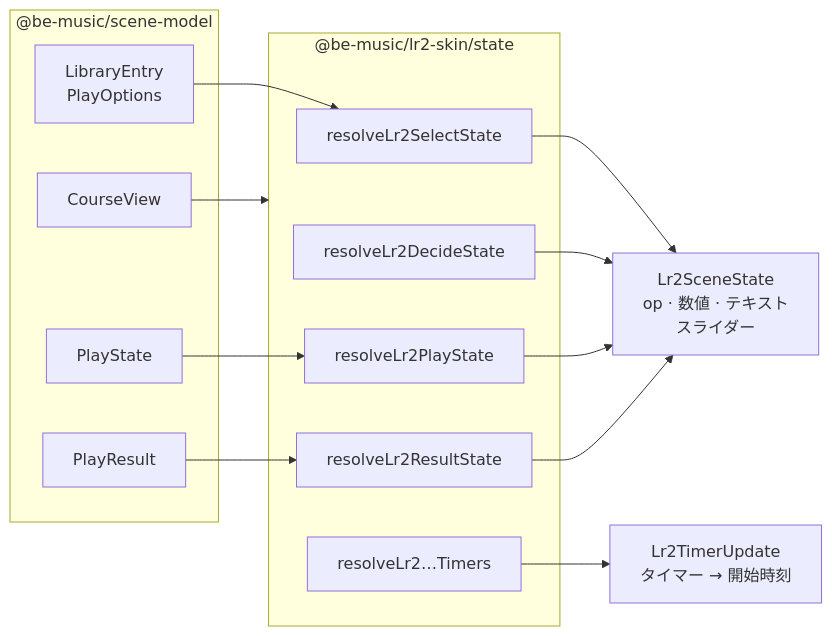
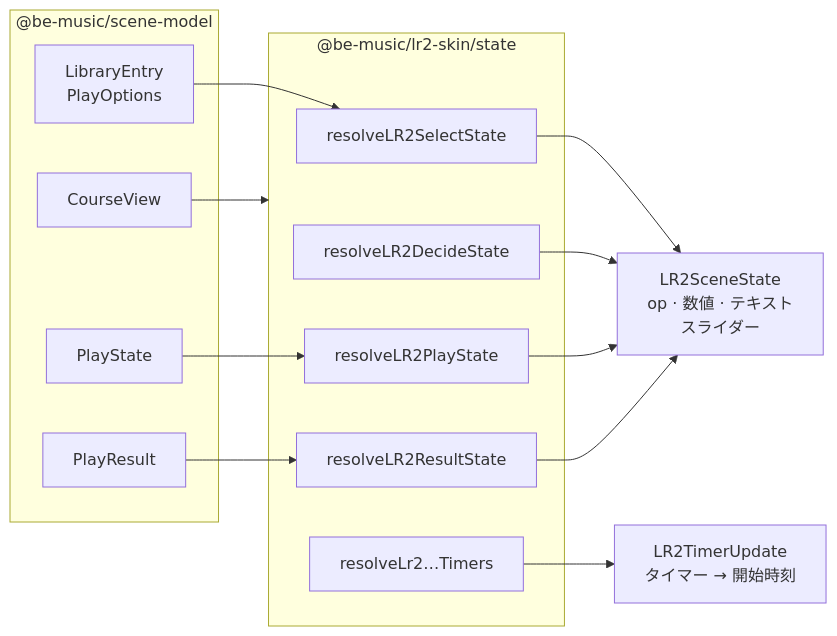
The diagram in docs/lr2-skin.ja.md (nulltask/be-music), drawn with Mermaid before and after one commit. The commit also changed other lines of this file and 921 other files, not shown here.

````diff
--- a/docs/lr2-skin.ja.md
+++ b/docs/lr2-skin.ja.md
@@ -89,28 +89,28 @@
 ```mermaid
 flowchart LR
   subgraph models["@be-music/scene-model"]
     entry["LibraryEntry<br/>PlayOptions"]
     play["PlayState"]
     result["PlayResult"]
     course["CourseView"]
   end
   subgraph state["@be-music/lr2-skin/state"]
-    select["resolveLr2SelectState"]
-    decide["resolveLr2DecideState"]
-    playing["resolveLr2PlayState"]
-    results["resolveLr2ResultState"]
+    select["resolveLR2SelectState"]
+    decide["resolveLR2DecideState"]
+    playing["resolveLR2PlayState"]
+    results["resolveLR2ResultState"]
     timers["resolveLr2…Timers"]
   end
-  ids["Lr2SceneState<br/>op · 数値 · テキスト<br/>スライダー"]
-  starts["Lr2TimerUpdate<br/>タイマー → 開始時刻"]
+  ids["LR2SceneState<br/>op · 数値 · テキスト<br/>スライダー"]
+  starts["LR2TimerUpdate<br/>タイマー → 開始時刻"]
 
   entry --> select
   play --> playing
   result --> results
   course --> state
   select --> ids
   decide --> ids
   playing --> ids
   results --> ids
   timers --> starts
 ```
````
